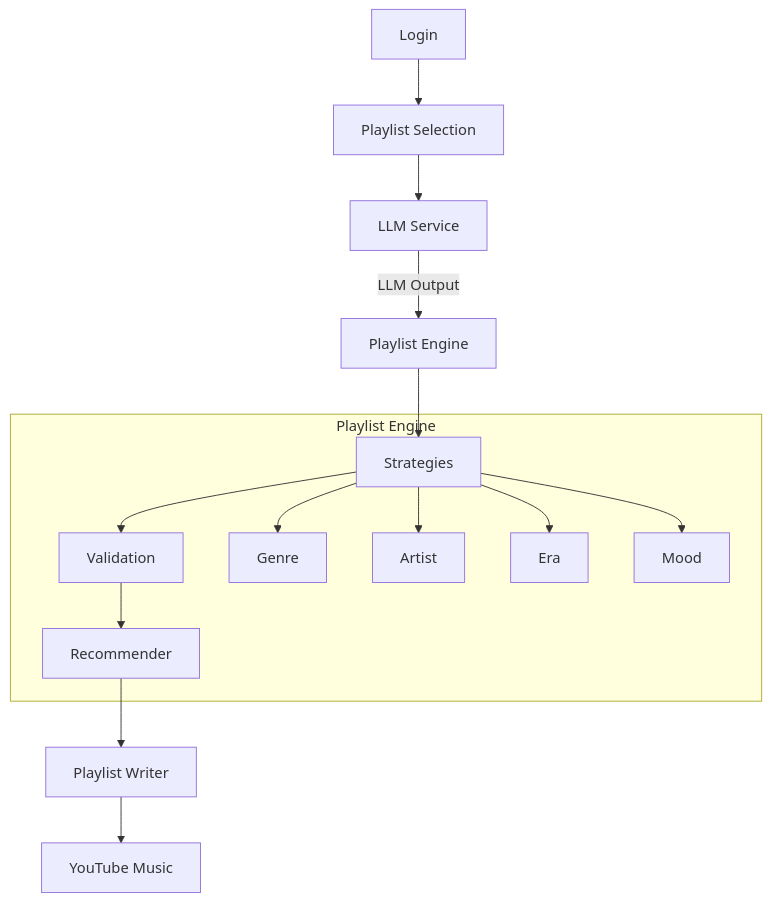
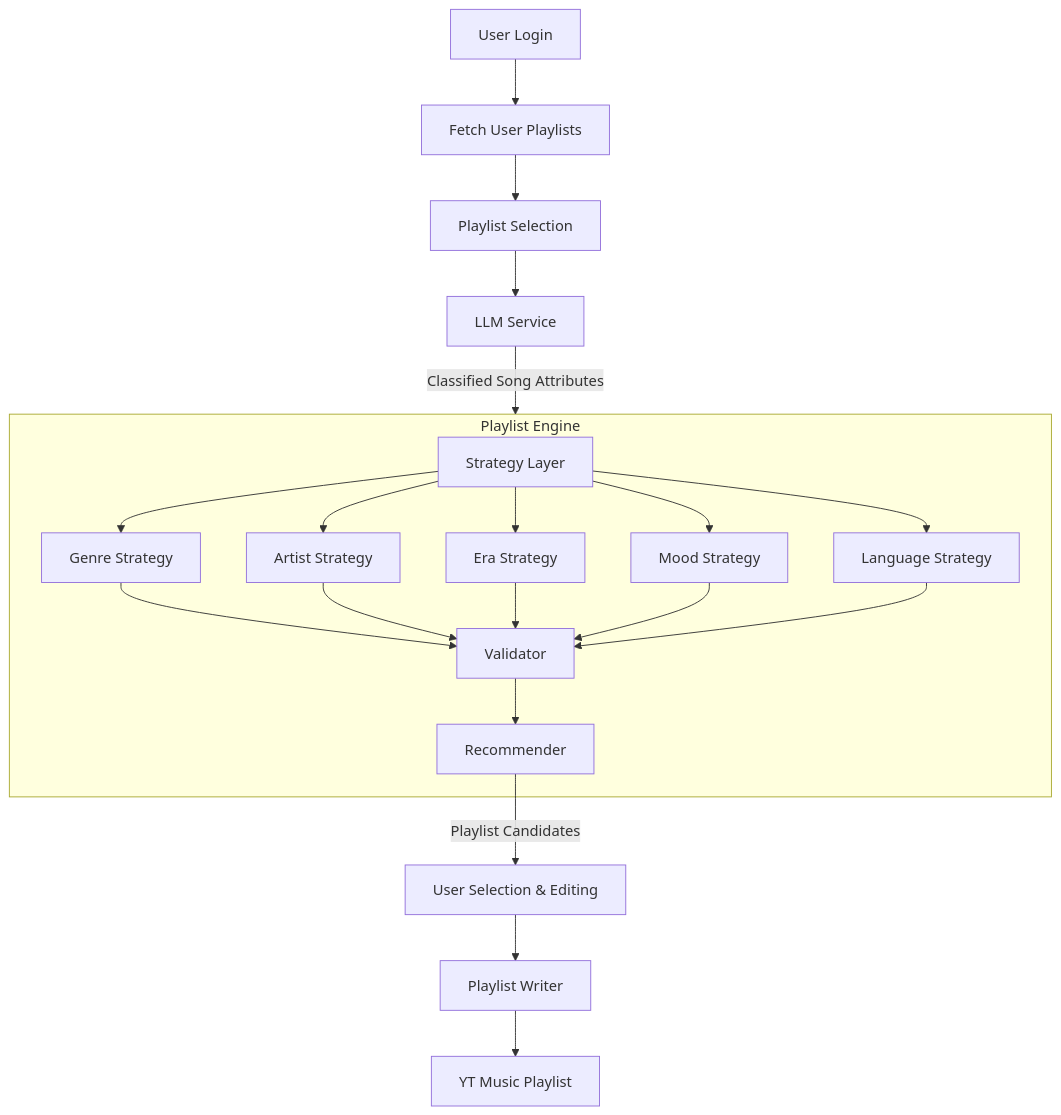
The diagram in README.md (aniket-969/CurateTube), drawn with Mermaid before and after one commit.

Commit message:
Updated how it works diagram

````diff
--- a/README.md
+++ b/README.md
@@ -105,24 +105,39 @@
 ```mermaid
 flowchart TD
-    A[Login] --> B[Playlist Selection]
-    B --> C[LLM Service]
-    C -->|LLM Output| D[Playlist Engine]
+    A[User Login] --> B[Fetch User Playlists]
+    B --> C[Playlist Selection]
+    C --> D[LLM Service]
 
-    subgraph PE[Playlist Engine]
-        D1[Strategies]
-        D2[Validation]
-        D3[Recommender]
+    D -->|Classified Song Attributes| E
 
-        D1 --> D2
-        D2 --> D3
+    subgraph E[Playlist Engine]
+        S[Strategy Layer]
 
-        D1 --> S1[Genre]
-        D1 --> S2[Artist]
-        D1 --> S3[Era]
-        D1 --> S4[Mood]
+        S1[Genre Strategy]
+        S2[Artist Strategy]
+        S3[Era Strategy]
+        S4[Mood Strategy]
+        S5[Language Strategy]
+
+        V[Validator]
+        R[Recommender]
+
+        S --> S1
+        S --> S2
+        S --> S3
+        S --> S4
+        S --> S5
+
+        S1 --> V
+        S2 --> V
+        S3 --> V
+        S4 --> V
+        S5 --> V
+
+        V --> R
     end
 
-    D --> D1
-    D3 --> E[Playlist Writer]
-    E --> F[YouTube Music]
+    R -->|Playlist Candidates| F[User Selection & Editing]
+    F --> G[Playlist Writer]
+    G --> H[YT Music Playlist]
 ```
````
